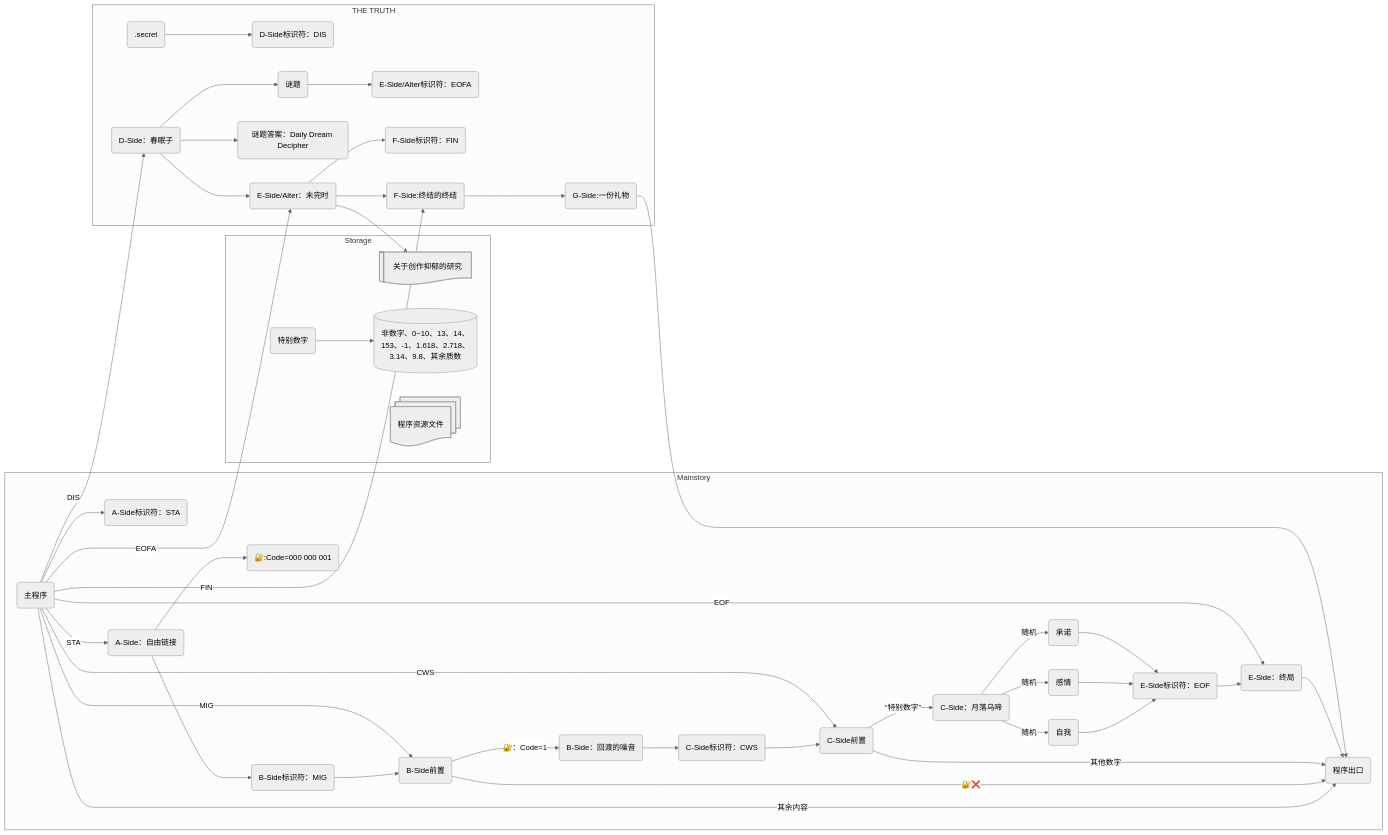
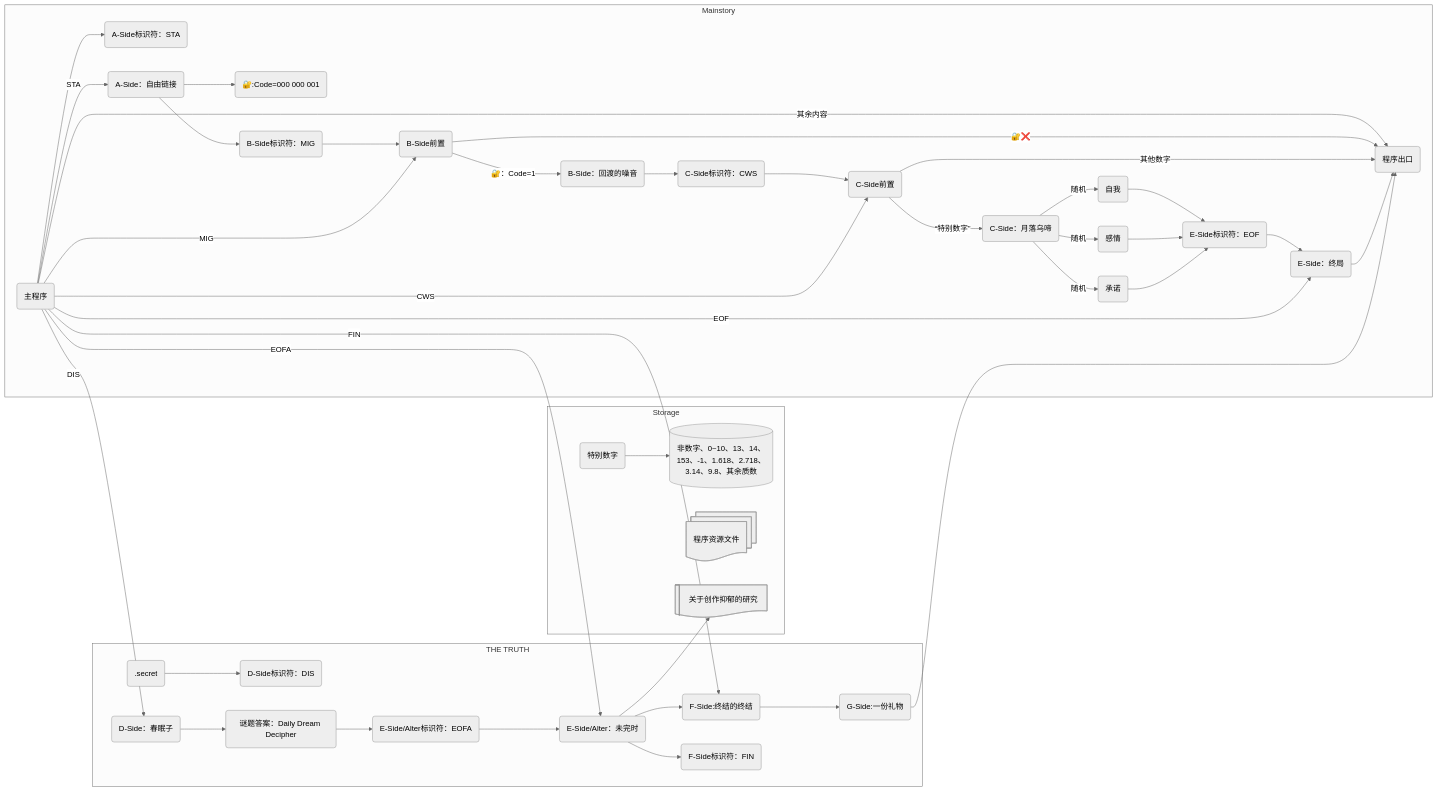
Before and after one commit to AkutaZehy/sateri-demo: the diagram in docs/the-true-ending.md, drawn with Mermaid (neutral theme).

Commit message:
small change

````diff
--- a/docs/the-true-ending.md
+++ b/docs/the-true-ending.md
@@ -9,58 +9,57 @@
 ```mermaid
 flowchart LR
     S(主程序)
     EX(程序出口)
 
     subgraph Storage
-    EF@{ shape: lin-doc, label: "关于创作抑郁的研究" }
     SNM(特别数字)-->SN[(非数字、0~10、13、14、153、-1、1.618、2.718、3.14、9.8、其余质数)]
     AST@{ shape: docs, label: "程序资源文件" }
+    EF@{ shape: lin-doc, label: "关于创作抑郁的研究" }
     end
 
     subgraph Mainstory
     S--其余内容-->EX
 
     S-->AP(A-Side标识符：STA)
     S--STA-->A(A-Side：自由链接)
 
     A-->BC(🔐:Code=000 000 001)
     A-->BP(B-Side标识符：MIG)
     BP-->BL(B-Side前置)
     S--MIG-->BL
     BL--🔐：Code=1-->B(B-Side：回渡的噪音)
     BL--🔐❌-->EX
 
     B-->CP(C-Side标识符：CWS)
     CP-->CL(C-Side前置)
     S--CWS-->CL
     CL--“特别数字”-->C(C-Side：月落乌啼)
     CL--其他数字-->EX
     
     C--随机-->C1(自我) & C2(感情) & C3(承诺)
 
     C1 & C2 & C3 --> EP(E-Side标识符：EOF)
     EP-->E(E-Side：终局)
     S--EOF-->E
 
     E-->EX
 
     end
 
     subgraph THE TRUTH
     S~~~DS(.secret)
     DS-->DP(D-Side标识符：DIS)
     S--DIS-->D(D-Side：春眠子)
-    D-->DPZ(谜题)
     D-->DPA(谜题答案：Daily Dream Decipher)
 
-    DPZ-->EAP(E-Side/Alter标识符：EOFA)
-    D-->EA
+    DPA-->EAP(E-Side/Alter标识符：EOFA)
+    EAP-->EA
     S--EOFA-->EA(E-Side/Alter：未完时)
     EA-->EF
+    
+    EA-->F(F-Side:终结的终结)
     EA-->FP(F-Side标识符：FIN)
-
-    EA-->F(F-Side:终结的终结)
     S--FIN-->F
     F-->G(G-Side:一份礼物)-->EX
     end
 ```
````
